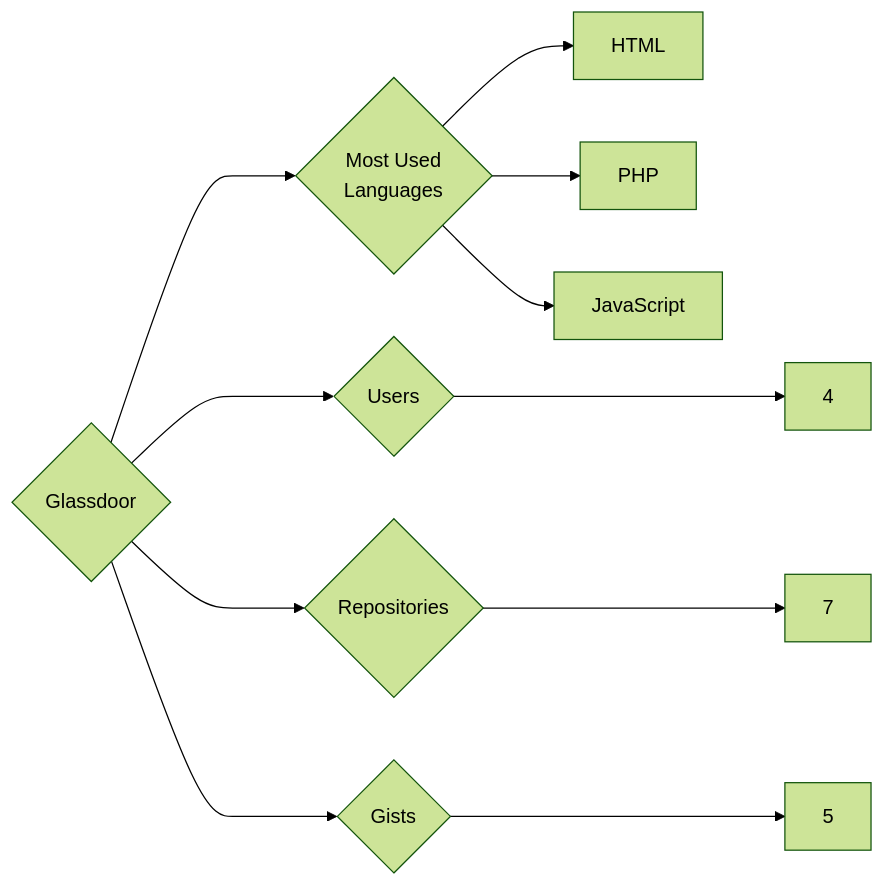
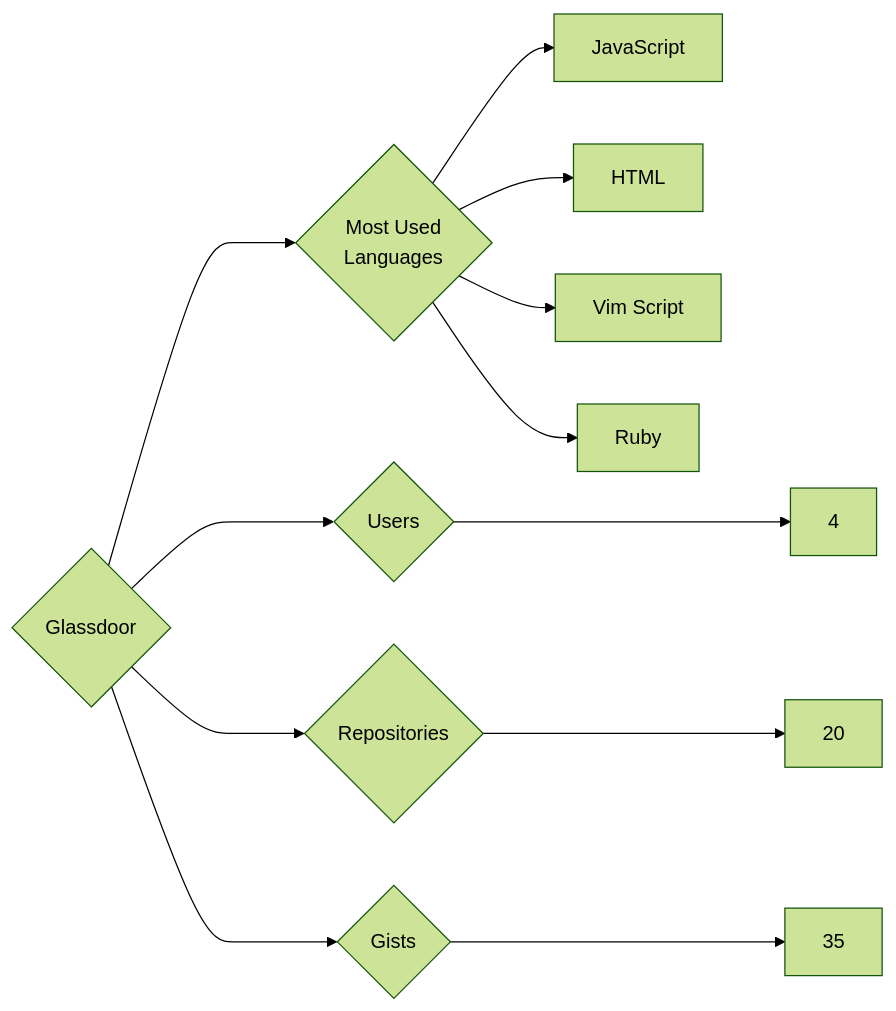
One commit to trickest/insiders changed the diagram in targets/Glassdoor/README.md. Above: the diagram before and after it, drawn with Mermaid (forest theme). The commit also changed 988 other files, not shown here.

````diff
--- a/targets/Glassdoor/README.md
+++ b/targets/Glassdoor/README.md
@@ -3,11 +3,12 @@
 ```mermaid
 graph LR
 COMPANY_NAME{Glassdoor}
 COMPANY_NAME ---> U{Users} ---> UN[4]
-COMPANY_NAME ---> R{Repositories} ---> RN[7]
-COMPANY_NAME ---> G{Gists} ---> GN[5]
+COMPANY_NAME ---> R{Repositories} ---> RN[20]
+COMPANY_NAME ---> G{Gists} ---> GN[35]
 COMPANY_NAME ---> ML{Most Used<br>Languages}
+ML --> JavaScript[JavaScript]
 ML --> HTML[HTML]
-ML --> PHP[PHP]
-ML --> JavaScript[JavaScript]
+ML --> Vim_Script[Vim Script]
+ML --> Ruby[Ruby]
 ```
````
